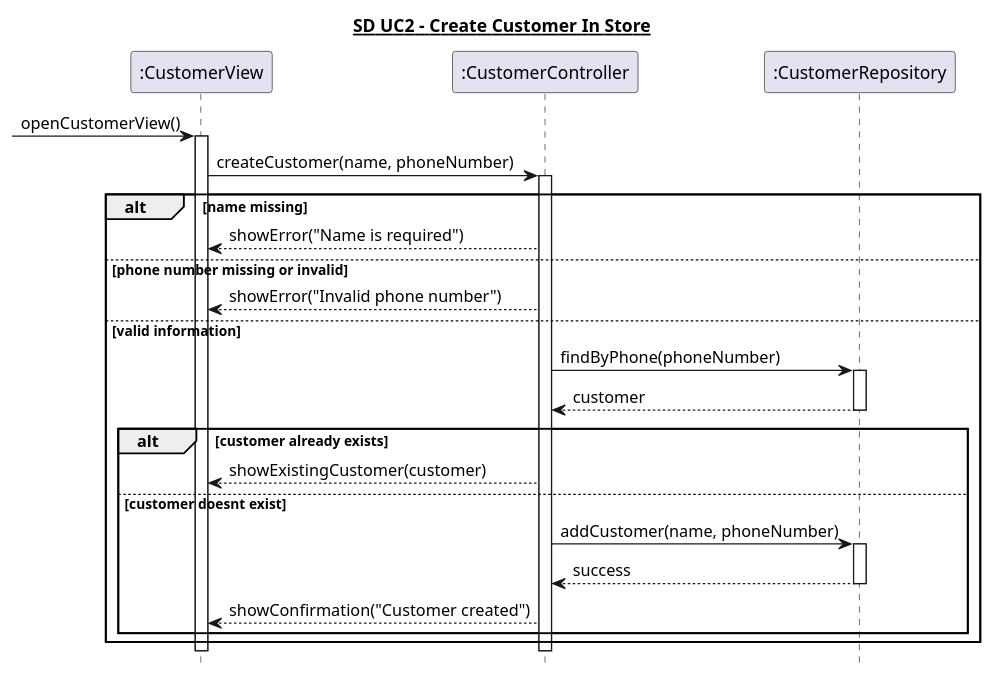
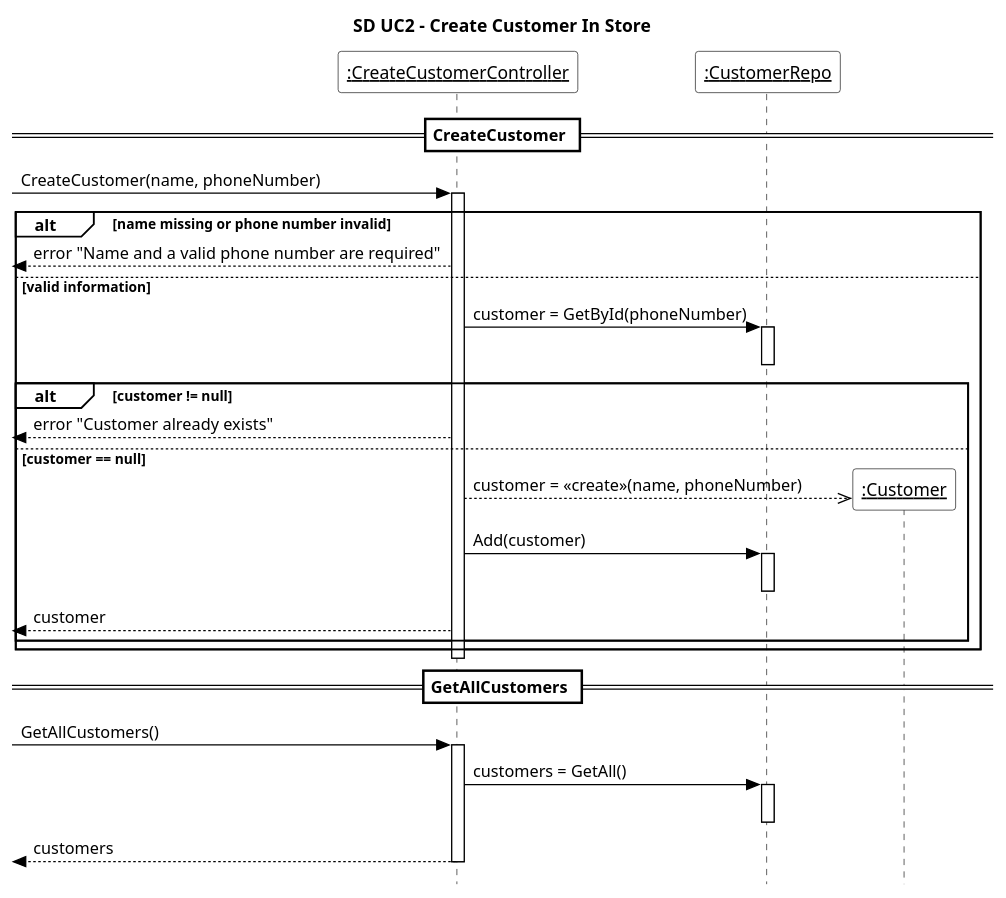
Before and after one commit to Zoabz/Getting-Real: the diagram in 6. Sekvens Diagrammer/UC2_opret_kunde.puml, drawn with PlantUML. The commit also changed 48 other files, not shown here.

```diff
--- a/6. Sekvens Diagrammer/UC2_opret_kunde.puml
+++ b/6. Sekvens Diagrammer/UC2_opret_kunde.puml
@@ -1,43 +1,61 @@
 @startuml
+' SD i samme stil som undervisningens SD for RegisterGuest (Pr20)
+skinparam style strictuml
+skinparam ParticipantBackgroundColor white
+skinparam ParticipantBorderColor black
+skinparam ArrowColor black
+skinparam SequenceLifeLineBorderColor black
+skinparam SequenceGroupBackgroundColor white
+skinparam SequenceGroupBorderColor black
+skinparam SequenceDividerBackgroundColor white
+skinparam SequenceDividerBorderColor black
+skinparam NoteBackgroundColor white
+skinparam NoteBorderColor black
+skinparam ActivationBackgroundColor white
+skinparam shadowing false
+skinparam sequenceParticipant underline
+skinparam defaultFontName Arial
 hide footbox
-title <U>SD UC2 - Create Customer In Store</U>
+title SD UC2 - Create Customer In Store
 
-participant ":CustomerView" as View
-participant ":CustomerController" as Controller
-participant ":CustomerRepository" as Repository
+participant ":CreateCustomerController" as C
+participant ":CustomerRepo" as R
 
-[-> View : openCustomerView()
-activate View
+== CreateCustomer ==
+[-> C : CreateCustomer(name, phoneNumber)
+activate C
 
-View -> Controller : createCustomer(name, phoneNumber)
-activate Controller
-
-alt name missing
-    Controller --> View : showError("Name is required")
-
-else phone number missing or invalid
-    Controller --> View : showError("Invalid phone number")
+alt name missing or phone number invalid
+    [<-- C : error "Name and a valid phone number are required"
 
 else valid information
-    Controller -> Repository : findByPhone(phoneNumber)
-    activate Repository
-    Repository --> Controller : customer
-    deactivate Repository
+    C -> R : customer = GetById(phoneNumber)
+    activate R
+    deactivate R
 
-    alt customer already exists
-        Controller --> View : showExistingCustomer(customer)
+    alt customer != null
+        [<-- C : error "Customer already exists"
 
-    else customer doesnt exist
-        Controller -> Repository : addCustomer(name, phoneNumber)
-        activate Repository
-        Repository --> Controller : success
-        deactivate Repository
+    else customer == null
+        create participant ":Customer" as K
+        C -->> K : customer = «create»(name, phoneNumber)
 
-        Controller --> View : showConfirmation("Customer created")
+        C -> R : Add(customer)
+        activate R
+        deactivate R
+
+        [<-- C : customer
     end
 end
+deactivate C
 
-deactivate Controller
-deactivate View
+== GetAllCustomers ==
+[-> C : GetAllCustomers()
+activate C
+C -> R : customers = GetAll()
+activate R
+deactivate R
+[<-- C : customers
+deactivate C
 
 @enduml
```
